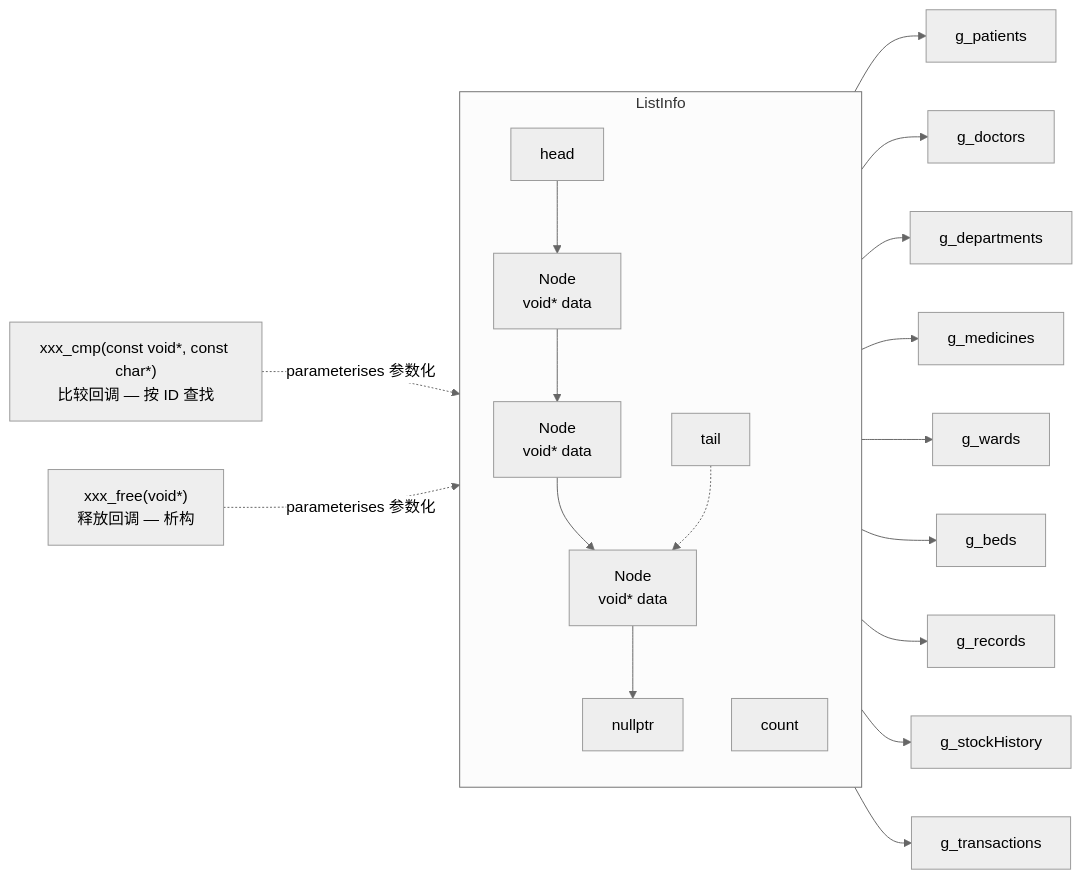
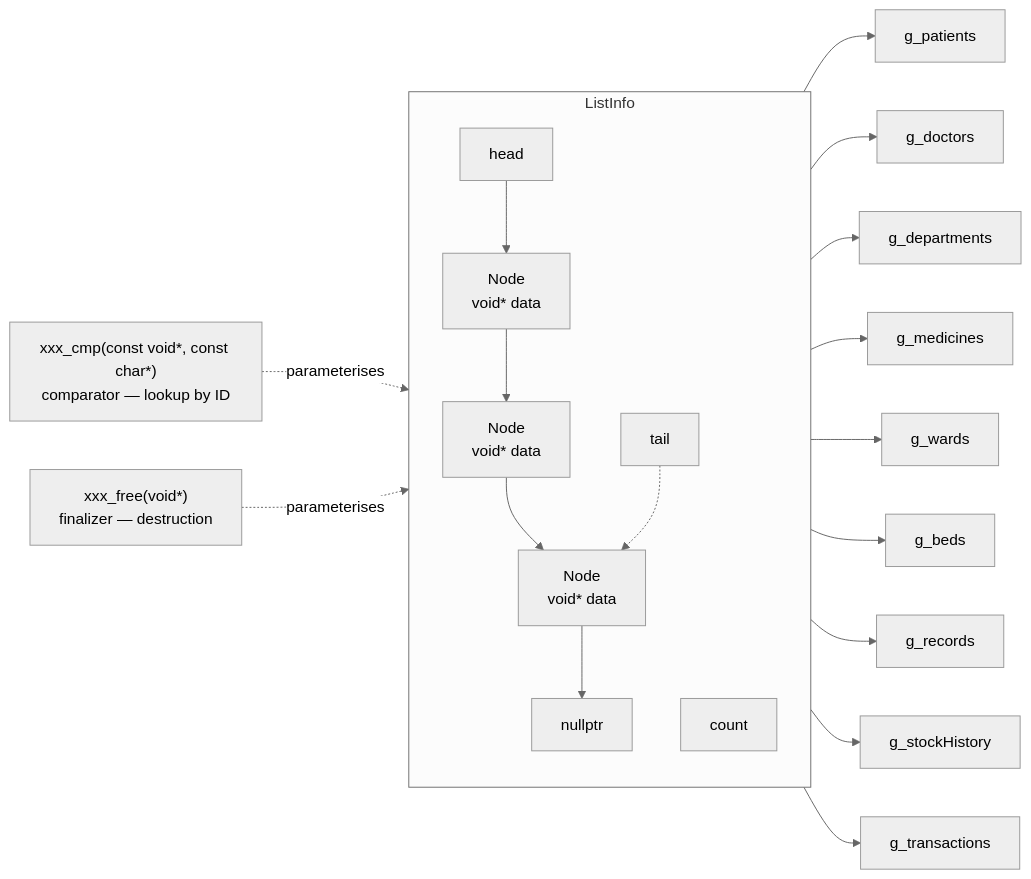
One commit to Hanwen-Tao/project-portfolio changed the third of 4 diagrams in docs/05-hospital-information-system.md. Above: the diagram before and after it, drawn with Mermaid (neutral theme). The commit also changed other lines of this file and 11 other files, not shown here.

````diff
--- a/docs/05-hospital-information-system.md
+++ b/docs/05-hospital-information-system.md
@@ -151,11 +149,11 @@
 ```mermaid
 flowchart LR
     subgraph L ["ListInfo"]
         H["head"] --> N1["Node<br/>void* data"] --> N2["Node<br/>void* data"] --> N3["Node<br/>void* data"] --> X["nullptr"]
         T["tail"] -.-> N3
         C["count"]
     end
-    CB1["xxx_cmp(const void*, const char*)<br/>比较回调 — 按 ID 查找"] -.->|"parameterises 参数化"| L
-    CB2["xxx_free(void*)<br/>释放回调 — 析构"] -.->|"parameterises 参数化"| L
+    CB1["xxx_cmp(const void*, const char*)<br/>comparator — lookup by ID"] -.->|parameterises| L
+    CB2["xxx_free(void*)<br/>finalizer — destruction"] -.->|parameterises| L
     L --> U1["g_patients"] & U2["g_doctors"] & U3["g_departments"] & U4["g_medicines"] & U5["g_wards"] & U6["g_beds"] & U7["g_records"] & U8["g_stockHistory"] & U9["g_transactions"]
 ```
````
